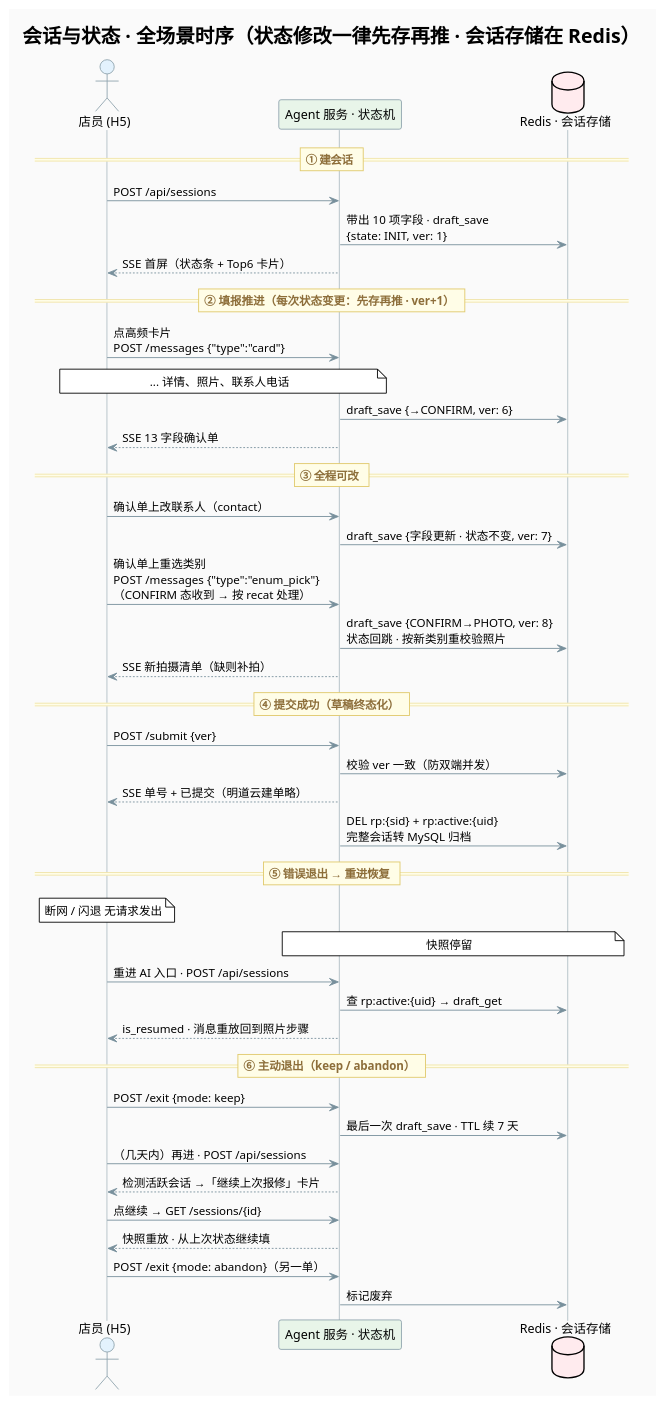
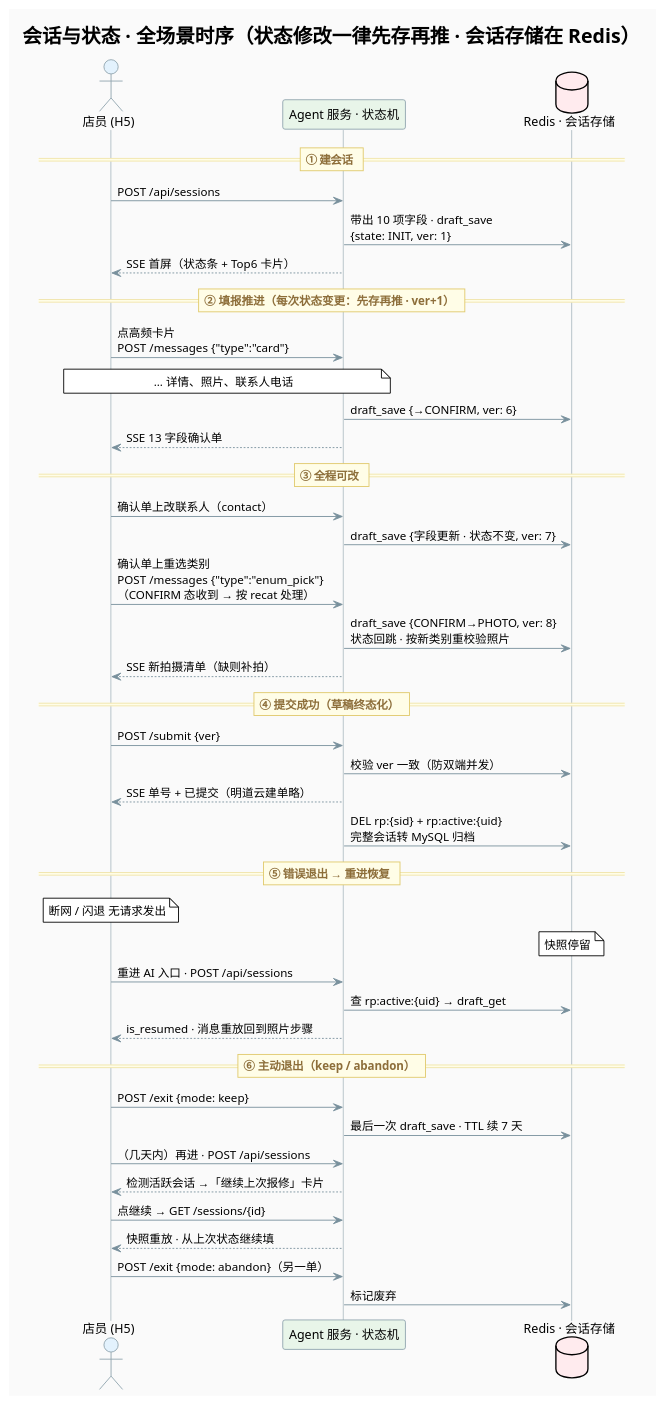
Before and after one commit to bai876939716/my_doc: the diagram in src/main/hotmaxx/需求点/输入优化/diagrams/06-会话时序图.puml, drawn with PlantUML. The commit also changed 14 other files, not shown here.

```diff
--- a/src/main/hotmaxx/需求点/输入优化/diagrams/06-会话时序图.puml
+++ b/src/main/hotmaxx/需求点/输入优化/diagrams/06-会话时序图.puml
@@ -1,70 +1,70 @@
 @startuml 会话时序图
 !theme plain
 skinparam backgroundColor #FAFAFA
 skinparam defaultFontName "PingFang SC,Microsoft YaHei,Arial"
 skinparam sequence {
   ArrowColor #78909C
   LifeLineBorderColor #B0BEC5
   LifeLineBackgroundColor #ECEFF1
   ParticipantBackgroundColor #ECEFF1
   ParticipantBorderColor #90A4AE
   ActorBackgroundColor #E3F2FD
   ActorBorderColor #90A4AE
   GroupBackgroundColor #F1F8E9
   GroupBorderColor #A5D6A7
   GroupHeaderFontColor #558B2F
   DividerBackgroundColor #FFFDE7
   DividerBorderColor #E0C96B
   DividerFontColor #8D6E3A
 }
 title 会话与状态 · 全场景时序（状态修改一律先存再推 · 会话存储在 Redis）
 
 actor "店员 (H5)" as U #E3F2FD
 participant "Agent 服务 · 状态机" as AG #E8F5E9
 database "Redis · 会话存储" as RD #FFEBEE
 
 == ① 建会话 ==
 U -> AG : POST /api/sessions
 AG -> RD : 带出 10 项字段 · draft_save\n{state: INIT, ver: 1}
 AG --> U : SSE 首屏（状态条 + Top6 卡片）
 
 == ② 填报推进（每次状态变更：先存再推 · ver+1） ==
 U -> AG : 点高频卡片\nPOST /messages {"type":"card"}
 note over U, AG
   ... 详情、照片、联系人电话
 end note
 
 AG -> RD : draft_save {→CONFIRM, ver: 6}
 AG --> U : SSE 13 字段确认单
 
 == ③ 全程可改 ==
 U -> AG : 确认单上改联系人（contact）
 AG -> RD : draft_save {字段更新 · 状态不变, ver: 7}
 U -> AG : 确认单上重选类别\nPOST /messages {"type":"enum_pick"}\n（CONFIRM 态收到 → 按 recat 处理）
 AG -> RD : draft_save {CONFIRM→PHOTO, ver: 8}\n状态回跳 · 按新类别重校验照片
 AG --> U : SSE 新拍摄清单（缺则补拍）
 
 == ④ 提交成功（草稿终态化） ==
 U -> AG : POST /submit {ver}
 AG -> RD : 校验 ver 一致（防双端并发）
 AG --> U : SSE 单号 + 已提交（明道云建单略）
 AG -> RD : DEL rp:{sid} + rp:active:{uid}\n完整会话转 MySQL 归档
 
 == ⑤ 错误退出 → 重进恢复 ==
 note over U :   断网 / 闪退 无请求发出
-note over AG, RD : 快照停留
+note over  RD : 快照停留
 U -> AG : 重进 AI 入口 · POST /api/sessions
 AG -> RD : 查 rp:active:{uid} → draft_get
 AG --> U : is_resumed · 消息重放回到照片步骤
 
 == ⑥ 主动退出（keep / abandon） ==
 U -> AG : POST /exit {mode: keep}
 AG -> RD : 最后一次 draft_save · TTL 续 7 天
 U -> AG : （几天内）再进 · POST /api/sessions
 AG --> U : 检测活跃会话 →「继续上次报修」卡片
 U -> AG : 点继续 → GET /sessions/{id}
 AG --> U : 快照重放 · 从上次状态继续填
 U -> AG : POST /exit {mode: abandon}（另一单）
 AG -> RD : 标记废弃
 
 @enduml
```
